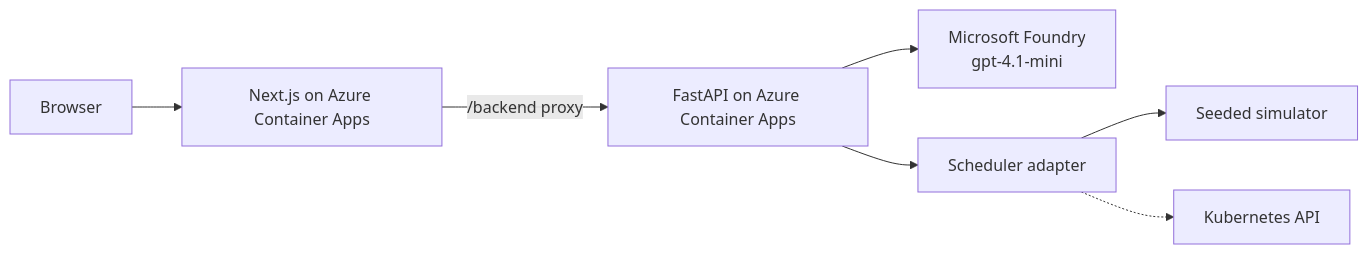
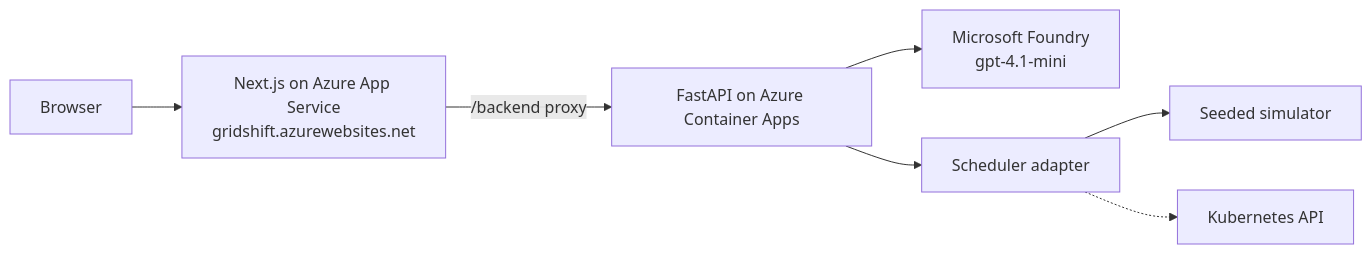
Before and after one commit to sahiljagtap08/gridshift: the fourth of 10 diagrams in README.md, drawn with Mermaid. The commit also changed other lines of this file and 1 other file, not shown here.

Commit message:
infra: App Service front door at gridshift.azurewebsites.net; README points to the clean URL

````diff
--- a/README.md
+++ b/README.md
@@ -214,9 +213,9 @@
 ```mermaid
 flowchart LR
-    Browser --> Web[Next.js on Azure Container Apps]
+    Browser --> Web[Next.js on Azure App Service\ngridshift.azurewebsites.net]
     Web -->|/backend proxy| API[FastAPI on Azure Container Apps]
     API --> Foundry[Microsoft Foundry\ngpt-4.1-mini]
     API --> Adapter[Scheduler adapter]
     Adapter --> Sim[Seeded simulator]
     Adapter -.-> K8s[Kubernetes API]
 ```
````
